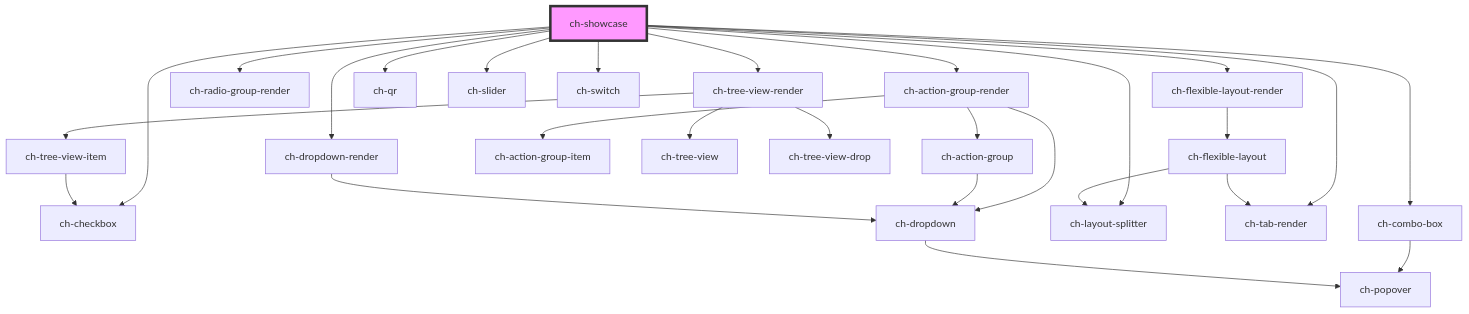
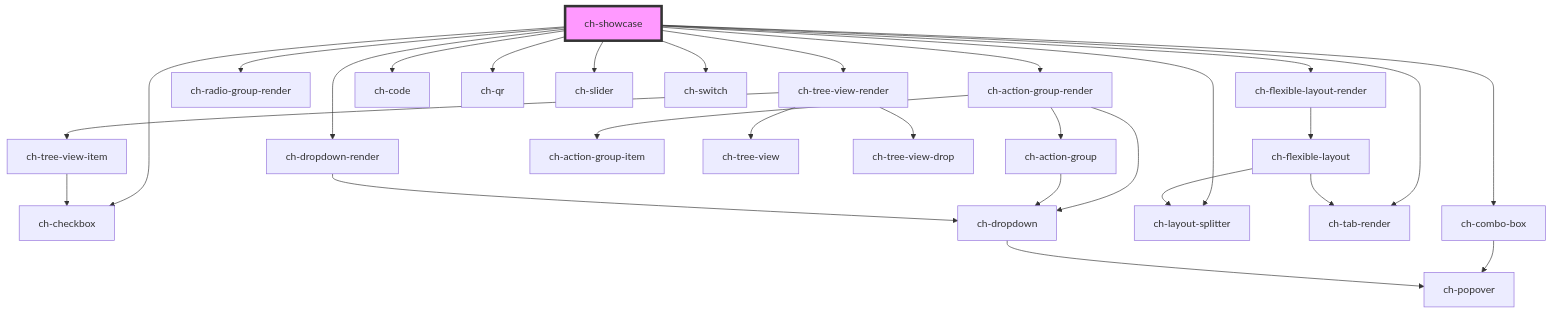
Before and after one commit to genexuslabs/chameleon-controls-library: the diagram in src/showcase/assets/components/readme.md, drawn with Mermaid. The commit also changed other lines of this file and 4 other files, not shown here.

````diff
--- a/src/showcase/assets/components/readme.md
+++ b/src/showcase/assets/components/readme.md
@@ -38,30 +39,31 @@
 ```mermaid
 graph TD;
   ch-showcase --> ch-flexible-layout-render
   ch-showcase --> ch-checkbox
   ch-showcase --> ch-combo-box
   ch-showcase --> ch-radio-group-render
   ch-showcase --> ch-action-group-render
+  ch-showcase --> ch-code
   ch-showcase --> ch-dropdown-render
   ch-showcase --> ch-layout-splitter
   ch-showcase --> ch-qr
   ch-showcase --> ch-slider
   ch-showcase --> ch-switch
   ch-showcase --> ch-tab-render
   ch-showcase --> ch-tree-view-render
   ch-flexible-layout-render --> ch-flexible-layout
   ch-flexible-layout --> ch-tab-render
   ch-flexible-layout --> ch-layout-splitter
   ch-combo-box --> ch-popover
   ch-action-group-render --> ch-dropdown
   ch-action-group-render --> ch-action-group
   ch-action-group-render --> ch-action-group-item
   ch-dropdown --> ch-popover
   ch-action-group --> ch-dropdown
   ch-dropdown-render --> ch-dropdown
   ch-tree-view-render --> ch-tree-view
   ch-tree-view-render --> ch-tree-view-drop
   ch-tree-view-render --> ch-tree-view-item
   ch-tree-view-item --> ch-checkbox
   style ch-showcase fill:#f9f,stroke:#333,stroke-width:4px
 ```
````
